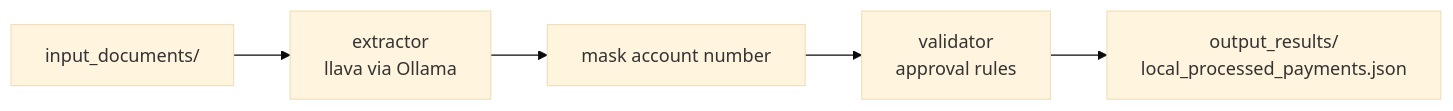
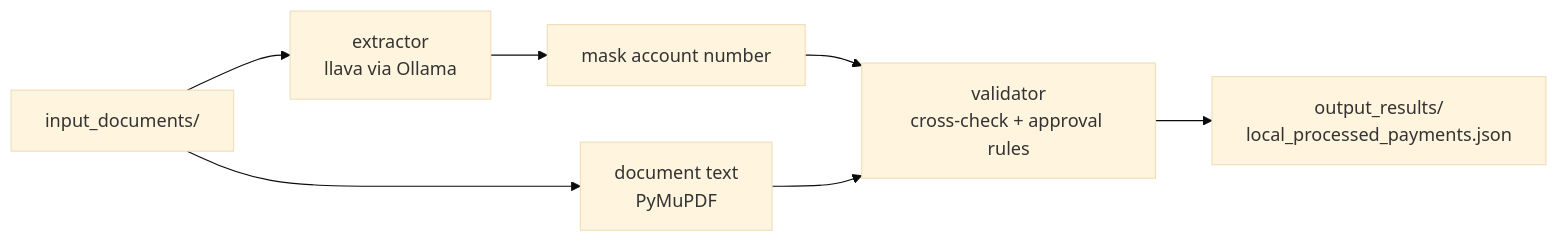
One commit to jayakumarvin/invoice_llama_agent changed the diagram in README.md. Above: the diagram before and after it, drawn with Mermaid (base theme). The commit also changed other lines of this file and 4 other files, not shown here.

First line of the commit message:
Verify amounts against document text and add MIT license

````diff
--- a/README.md
+++ b/README.md
@@ -17,7 +18,9 @@
 ```mermaid
 flowchart LR
     A[input_documents/] --> B[extractor<br/>llava via Ollama]
     B --> C[mask account number]
-    C --> D[validator<br/>approval rules]
+    A --> T[document text<br/>PyMuPDF]
+    C --> D[validator<br/>cross-check + approval rules]
+    T --> D
     D --> E[output_results/<br/>local_processed_payments.json]
 ```
````
